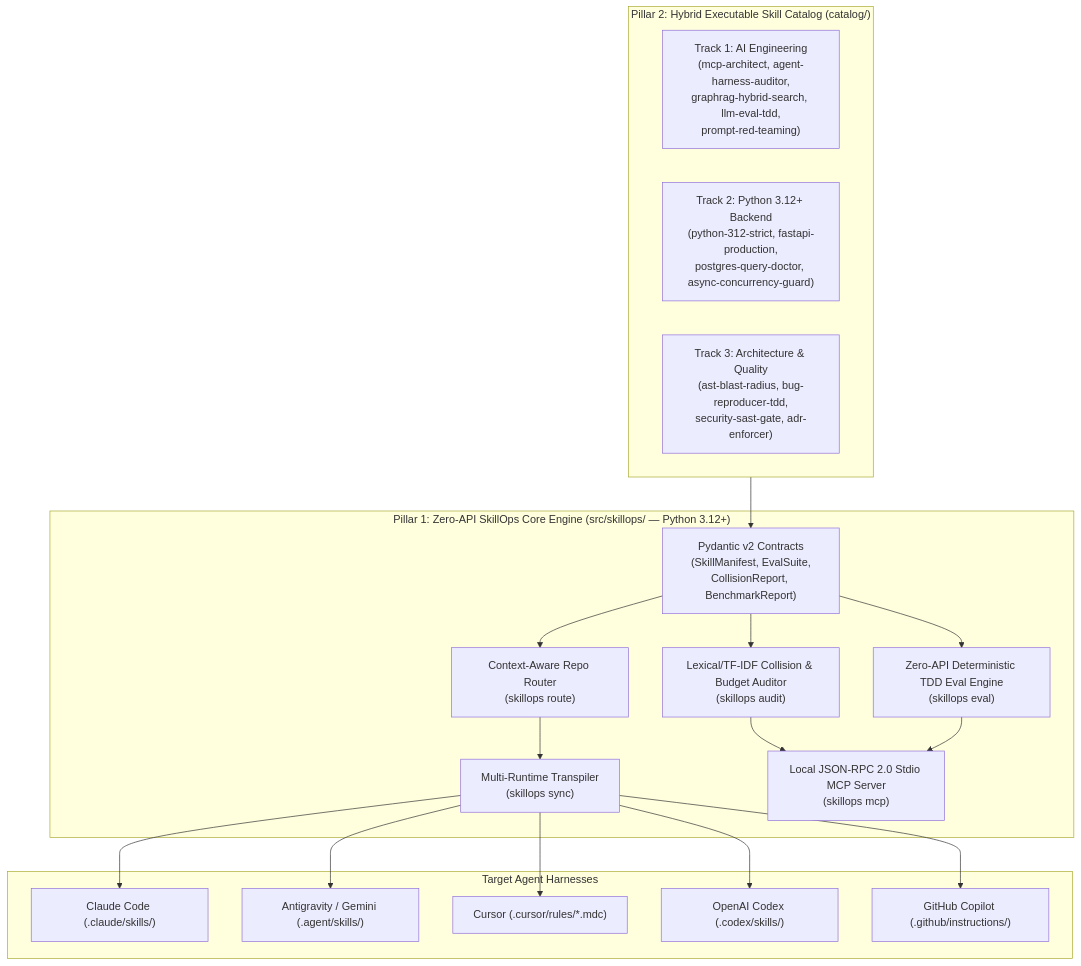
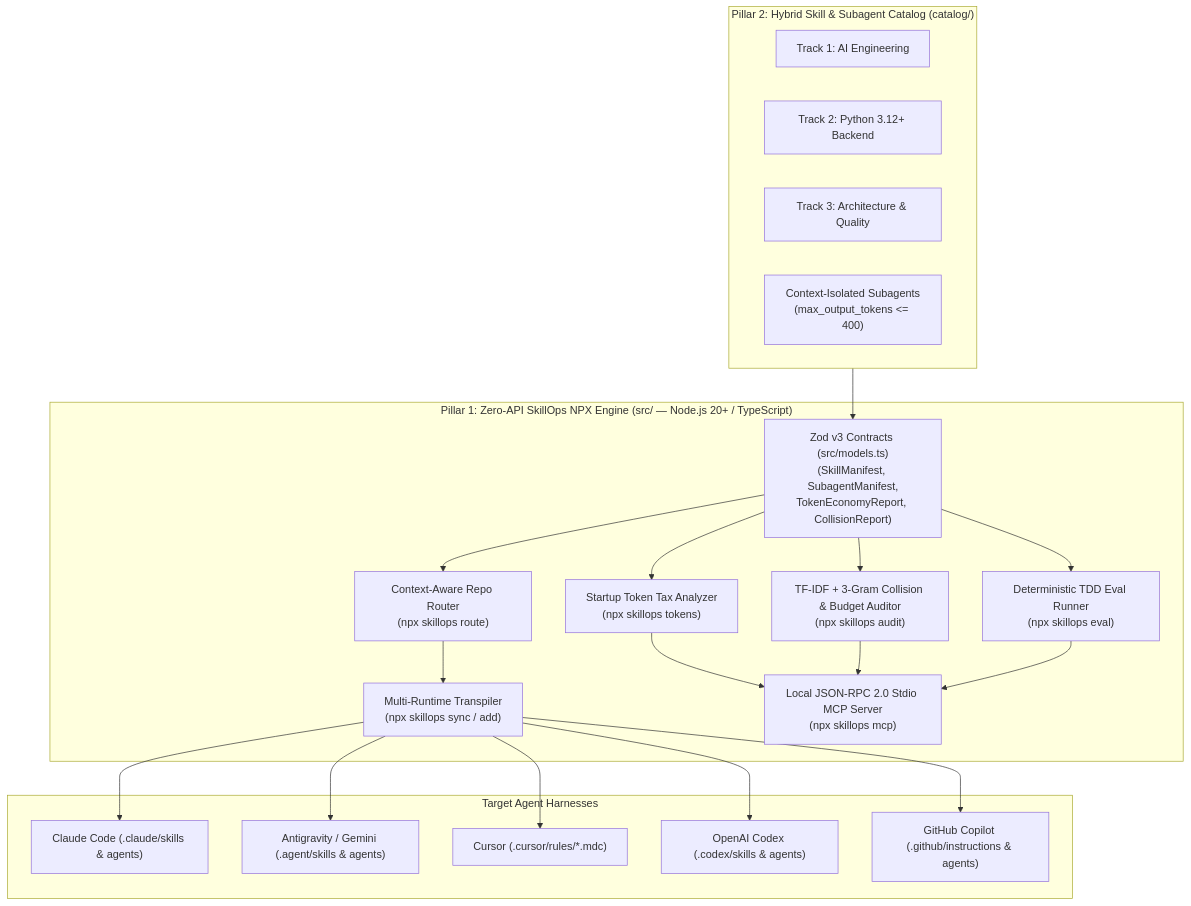
The diagram in docs/architecture/README.md (OdevMatheus/SkillOps), drawn with Mermaid before and after one commit. The commit also changed other lines of this file and 21 other files, not shown here.

Commit message:
ci(devops): align repository governance, CI workflows, and contracts with NPX architecture

````diff
--- a/docs/architecture/README.md
+++ b/docs/architecture/README.md
@@ -24,33 +24,33 @@
 ```mermaid
 flowchart TB
-    subgraph Catalog["Pillar 2: Hybrid Executable Skill Catalog (catalog/)"]
-        T1["Track 1: AI Engineering\n(mcp-architect, agent-harness-auditor,\ngraphrag-hybrid-search, llm-eval-tdd,\nprompt-red-teaming)"]
-        T2["Track 2: Python 3.12+ Backend\n(python-312-strict, fastapi-production,\npostgres-query-doctor, async-concurrency-guard)"]
-        T3["Track 3: Architecture & Quality\n(ast-blast-radius, bug-reproducer-tdd,\nsecurity-sast-gate, adr-enforcer)"]
+    subgraph Catalog["Pillar 2: Hybrid Skill & Subagent Catalog (catalog/)"]
+        T1["Track 1: AI Engineering"]
+        T2["Track 2: Python 3.12+ Backend"]
+        T3["Track 3: Architecture & Quality"]
+        T4["Context-Isolated Subagents\n(max_output_tokens <= 400)"]
     end
 
-    subgraph Engine["Pillar 1: Zero-API SkillOps Core Engine (src/skillops/ — Python 3.12+)"]
-        Models["Pydantic v2 Contracts\n(SkillManifest, EvalSuite,\nCollisionReport, BenchmarkReport)"]
-        Auditor["Lexical/TF-IDF Collision & Budget Auditor\n(skillops audit)"]
-        Router["Context-Aware Repo Router\n(skillops route)"]
-        Sync["Multi-Runtime Transpiler\n(skillops sync)"]
-        Eval["Zero-API Deterministic TDD Eval Engine\n(skillops eval)"]
-        Mcp["Local JSON-RPC 2.0 Stdio MCP Server\n(skillops mcp)"]
+    subgraph Engine["Pillar 1: Zero-API SkillOps NPX Engine (src/ — Node.js 20+ / TypeScript)"]
+        Models["Zod v3 Contracts (src/models.ts)\n(SkillManifest, SubagentManifest,\nTokenEconomyReport, CollisionReport)"]
+        Tokens["Startup Token Tax Analyzer\n(npx skillops tokens)"]
+        Auditor["TF-IDF + 3-Gram Collision & Budget Auditor\n(npx skillops audit)"]
+        Router["Context-Aware Repo Router\n(npx skillops route)"]
+        Sync["Multi-Runtime Transpiler\n(npx skillops sync / add)"]
+        Eval["Deterministic TDD Eval Runner\n(npx skillops eval)"]
+        Mcp["Local JSON-RPC 2.0 Stdio MCP Server\n(npx skillops mcp)"]
     end
 
     subgraph Runtimes["Target Agent Harnesses"]
-        R1["Claude Code (.claude/skills/)"]
-        R2["Antigravity / Gemini (.agent/skills/)"]
+        R1["Claude Code (.claude/skills & agents)"]
+        R2["Antigravity / Gemini (.agent/skills & agents)"]
         R3["Cursor (.cursor/rules/*.mdc)"]
-        R4["OpenAI Codex (.codex/skills/)"]
-        R5["GitHub Copilot (.github/instructions/)"]
+        R4["OpenAI Codex (.codex/skills & agents)"]
+        R5["GitHub Copilot (.github/instructions & agents)"]
     end
 
     Catalog --> Models
-    Models --> Auditor
-    Models --> Router
-    Models --> Eval
+    Models --> Tokens & Auditor & Router & Eval
     Router --> Sync
     Sync --> R1 & R2 & R3 & R4 & R5
-    Auditor & Eval --> Mcp
+    Tokens & Auditor & Eval --> Mcp
 ```
````
